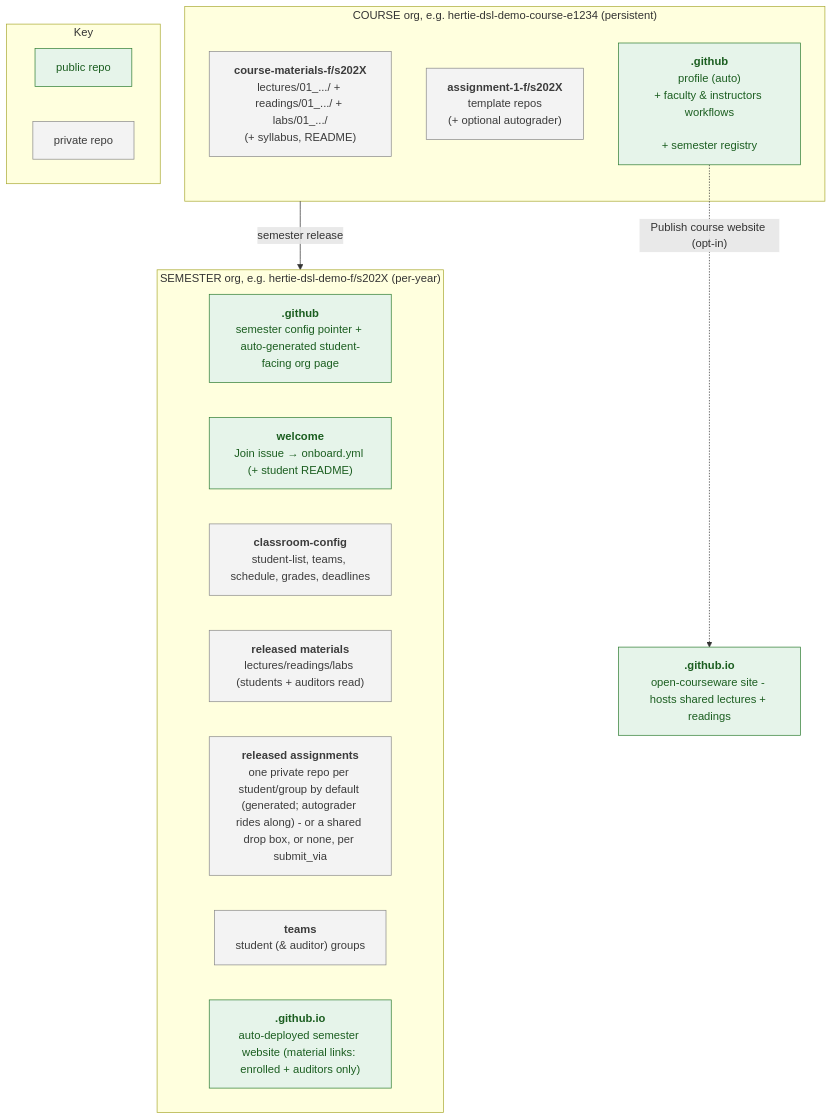
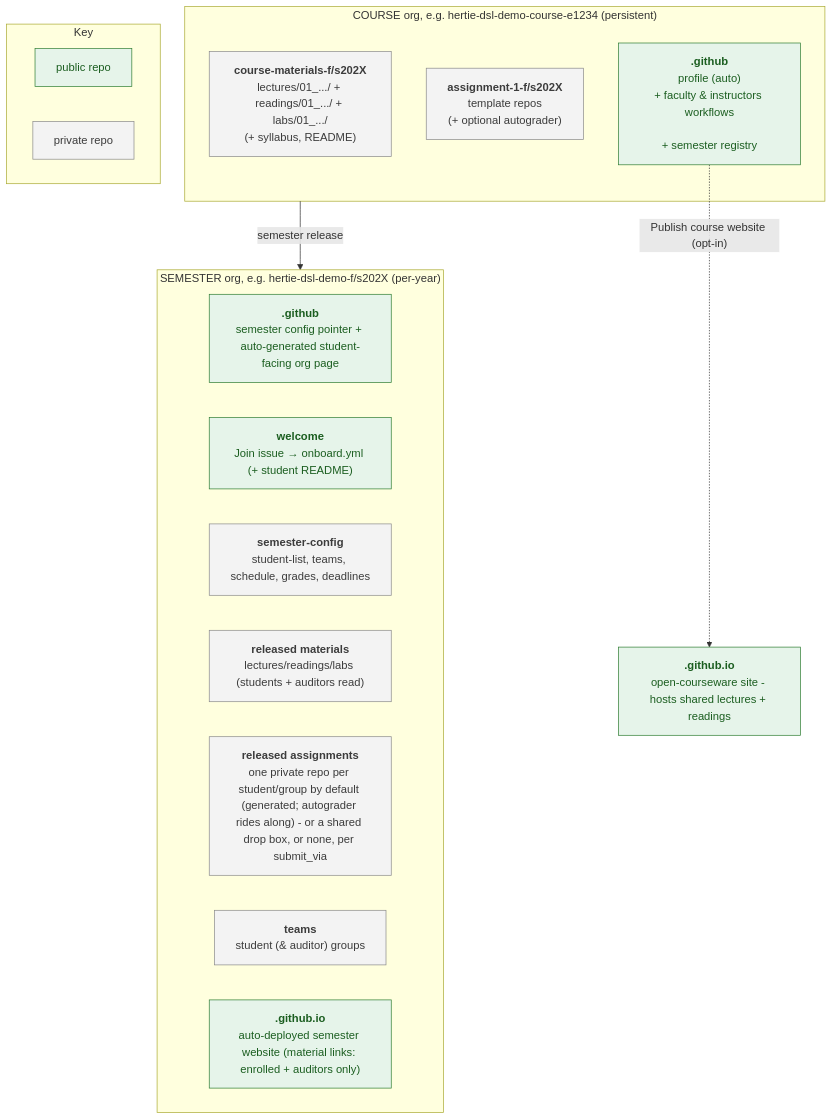
The diagram in README.md (hertie-data-science-lab/dsl-teaching-toolkit), drawn with Mermaid before and after one commit. The commit also changed other lines of this file and 125 other files, not shown here.

Commit message:
refactor(layout): rename classroom-config to semester-config

````diff
--- a/README.md
+++ b/README.md
@@ -37,63 +37,63 @@
 ```mermaid
 flowchart TB
   subgraph COURSE["COURSE org, e.g. hertie-dsl-demo-course-e1234 (persistent)"]
     mat["`**course-materials-f/s202X**
 
 lectures/01_.../ + readings/01_.../ + labs/01_.../
 
 (+ syllabus, README)`"]
     tmpl["`**assignment-1-f/s202X**
 
 template repos
 
 (+ optional autograder)`"]
     gh["`**.github**
 
 profile (auto)
 
 + faculty & instructors workflows
 
 + semester registry`"]
   end
 
   subgraph SEMESTER["SEMESTER org, e.g. hertie-dsl-demo-f/s202X (per-year)"]
     cgh["`**.github**
 
 semester config pointer + auto-generated student-facing org page`"]
     welcome["`**welcome**
 
 Join issue → onboard.yml (+ student README)`"]
-    cfg["`**classroom-config**
+    cfg["`**semester-config**
 
 student-list, teams, schedule, grades, deadlines`"]
     cmat["`**released materials**
 
 lectures/readings/labs (students + auditors read)`"]
     repos["`**released assignments**
 
 one private repo per student/group by default (generated; autograder rides along) - or a shared drop box, or none, per submit_via`"]
     team["`**teams**
 
 student (& auditor) groups`"]
     site["`**<semester>.github.io**
 
 auto-deployed semester website (material links: enrolled + auditors only)`"]
   end
 
   pub["`**<course-org>.github.io**
 
 open-courseware site - hosts shared lectures + readings`"]
 
   COURSE -->|"semester release"| SEMESTER
   gh -.->|"Publish course website (opt-in)"| pub
 
   subgraph KEY["Key"]
     keypub["public repo"]
     keypriv["private repo"]
   end
 
   classDef public fill:#e6f4ea,stroke:#2e7d32,color:#1b5e20;
   classDef private fill:#f3f3f3,stroke:#8a8a8a,color:#3c3c3c;
   class gh,cgh,welcome,site,pub,keypub public;
   class mat,tmpl,cfg,cmat,repos,team,keypriv private;
 ```
````
